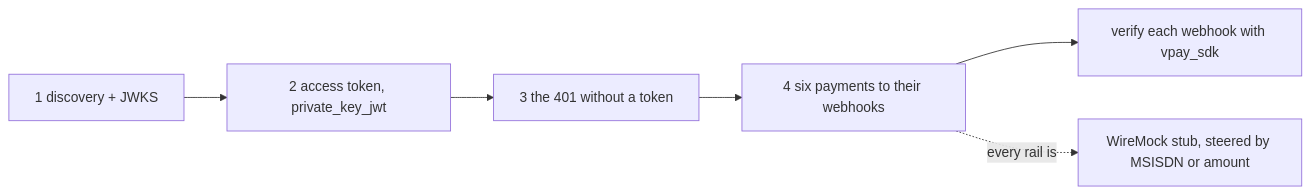
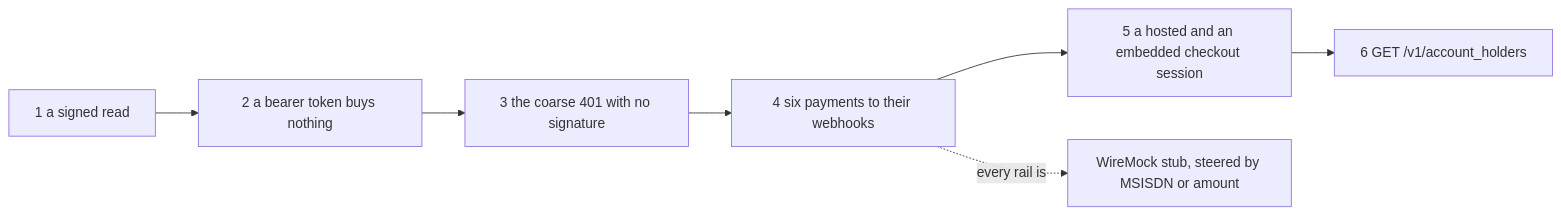
The diagram in docs/sdks/rust.md (vaam-apps/vpay-docs), drawn with Mermaid before and after one commit. The commit also changed other lines of this file and 29 other files, not shown here.

First line of the commit message:
docs: parity with vpay v0.16.0, re-read and signed (#35)

````diff
--- a/docs/sdks/rust.md
+++ b/docs/sdks/rust.md
@@ -235,8 +259,9 @@
 ```mermaid
 flowchart LR
-  A["1 discovery + JWKS"] --> B["2 access token, private_key_jwt"]
-  B --> C["3 the 401 without a token"]
+  A["1 a signed read"] --> B["2 a bearer token buys nothing"]
+  B --> C["3 the coarse 401 with no signature"]
   C --> D["4 six payments to their webhooks"]
-  D --> E["verify each webhook with vpay_sdk"]
+  D --> E["5 a hosted and an embedded checkout session"]
+  E --> F["6 GET /v1/account_holders"]
   D -.->|"every rail is"| W["WireMock stub, steered by MSISDN or amount"]
 ```
````
